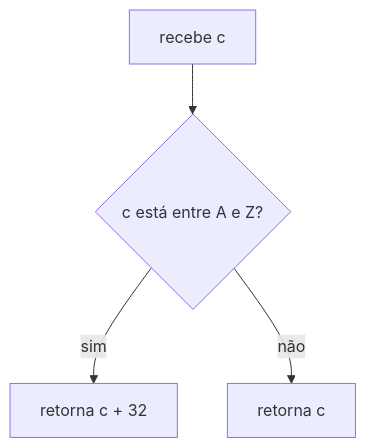
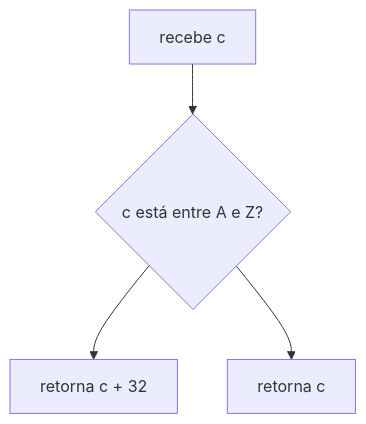
Diagram 14 of 43 in 1-libft/Readme.md (ahy-git/docs), drawn with Mermaid before and after one commit. The commit also changed other lines of this file, not shown here.

````diff
--- a/1-libft/Readme.md
+++ b/1-libft/Readme.md
@@ -1266,6 +1266,6 @@
 ```mermaid
 flowchart TD
 	A["recebe c"] --> B{"c está entre A e Z?"}
-	B -- sim --> C["retorna c + 32"]
-	B -- não --> D["retorna c"]
+	B --> C["retorna c + 32"]
+	B --> D["retorna c"]
 ```
````
